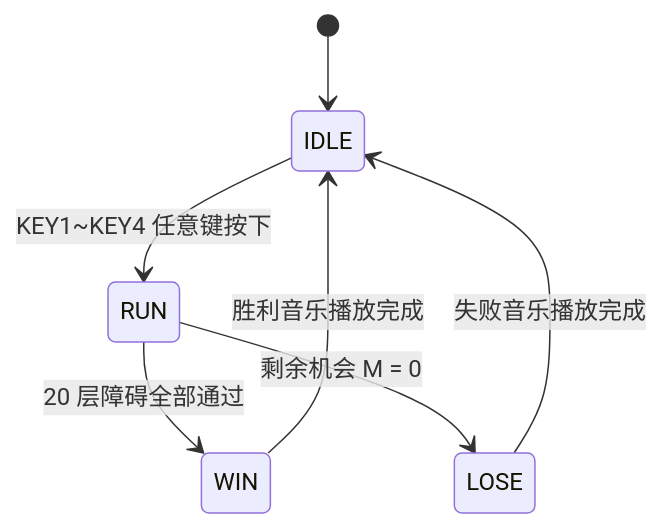
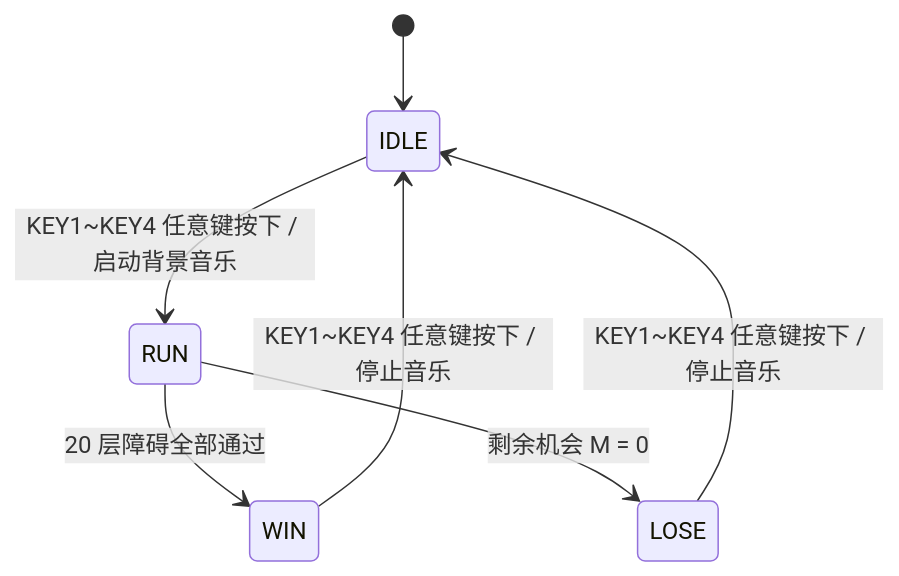
The diagram in docs/避障车SystemVerilog实现说明.md (BinaryBardY/digital_electronics_lab), drawn with Mermaid before and after one commit. The commit also changed other lines of this file and 37 other files, not shown here.

````diff
--- a/docs/避障车SystemVerilog实现说明.md
+++ b/docs/避障车SystemVerilog实现说明.md
@@ -96,9 +97,9 @@
 ```mermaid
 stateDiagram-v2
     [*] --> IDLE
-    IDLE --> RUN: KEY1~KEY4 任意键按下
+    IDLE --> RUN: KEY1~KEY4 任意键按下 / 启动背景音乐
     RUN --> WIN: 20 层障碍全部通过
     RUN --> LOSE: 剩余机会 M = 0
-    WIN --> IDLE: 胜利音乐播放完成
-    LOSE --> IDLE: 失败音乐播放完成
+    WIN --> IDLE: KEY1~KEY4 任意键按下 / 停止音乐
+    LOSE --> IDLE: KEY1~KEY4 任意键按下 / 停止音乐
 ```
````
